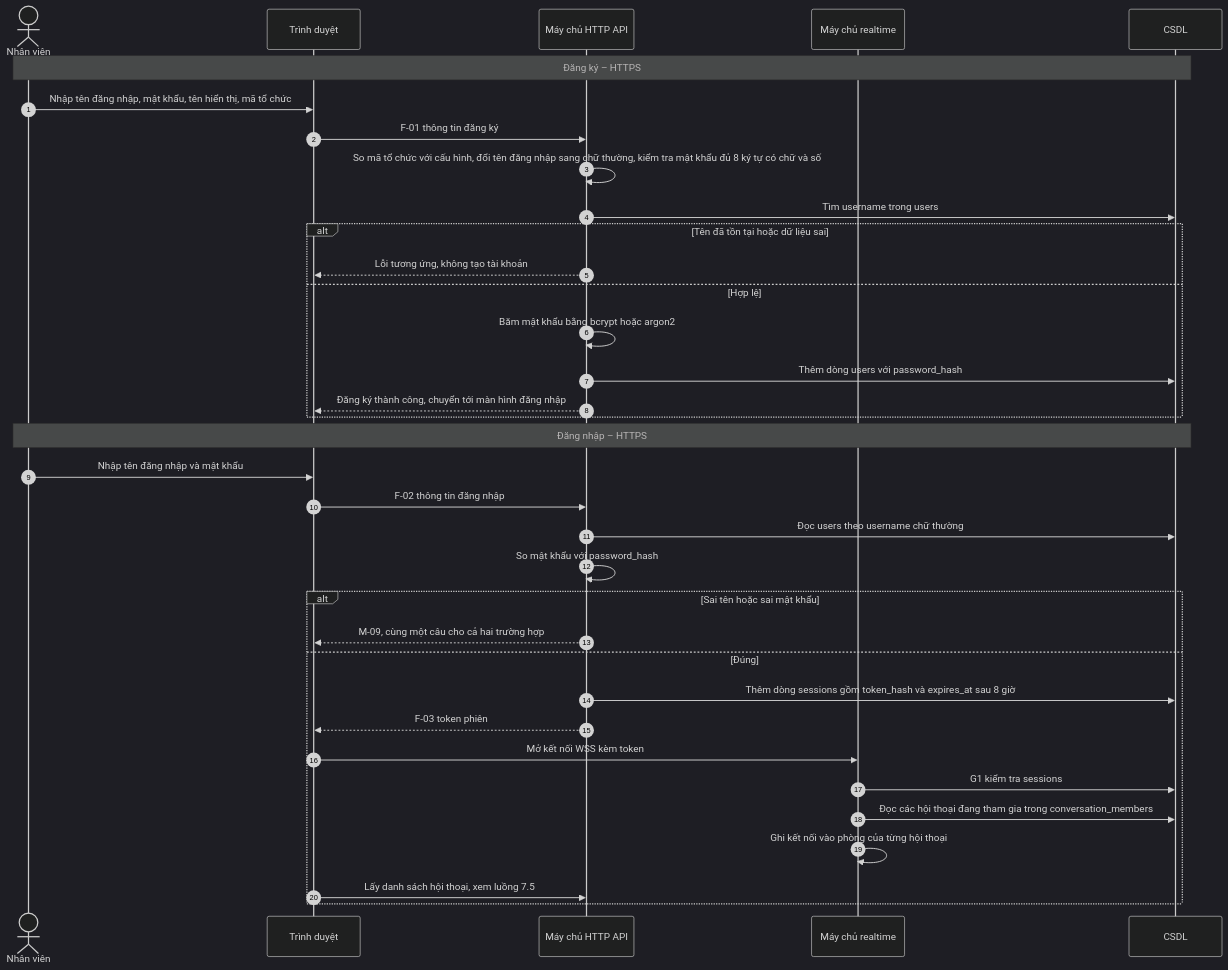
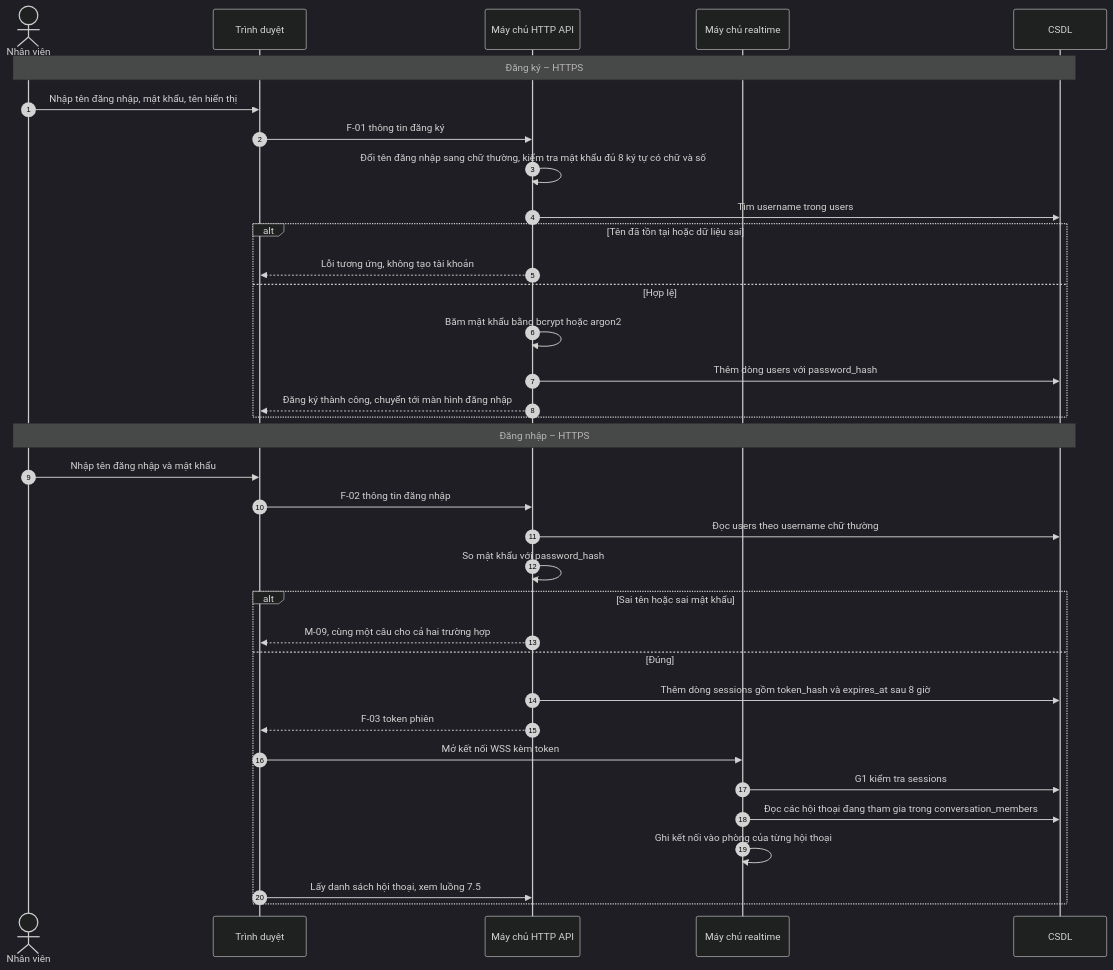
One commit to quangdungnguyen1983/chat-nhom-2 changed the seventh of 14 diagrams in 07-data-flow.md. Above: the diagram before and after it, drawn with Mermaid (dark theme). The commit also changed other lines of this file and 29 other files, not shown here.

First line of the commit message:
Bỏ hẳn "Mã đăng ký tổ chức": đăng ký tự do

````diff
--- a/07-data-flow.md
+++ b/07-data-flow.md
@@ -357,39 +352,39 @@
 ```mermaid
 sequenceDiagram
     autonumber
     actor U as Nhân viên
     participant B as Trình duyệt
     participant API as Máy chủ HTTP API
     participant RT as Máy chủ realtime
     participant DB as CSDL
 
     Note over U,DB: Đăng ký – HTTPS
-    U->>B: Nhập tên đăng nhập, mật khẩu, tên hiển thị, mã tổ chức
+    U->>B: Nhập tên đăng nhập, mật khẩu, tên hiển thị
     B->>API: F-01 thông tin đăng ký
-    API->>API: So mã tổ chức với cấu hình, đổi tên đăng nhập sang chữ thường, kiểm tra mật khẩu đủ 8 ký tự có chữ và số
+    API->>API: Đổi tên đăng nhập sang chữ thường, kiểm tra mật khẩu đủ 8 ký tự có chữ và số
     API->>DB: Tìm username trong users
     alt Tên đã tồn tại hoặc dữ liệu sai
         API-->>B: Lỗi tương ứng, không tạo tài khoản
     else Hợp lệ
         API->>API: Băm mật khẩu bằng bcrypt hoặc argon2
         API->>DB: Thêm dòng users với password_hash
         API-->>B: Đăng ký thành công, chuyển tới màn hình đăng nhập
     end
 
     Note over U,DB: Đăng nhập – HTTPS
     U->>B: Nhập tên đăng nhập và mật khẩu
     B->>API: F-02 thông tin đăng nhập
     API->>DB: Đọc users theo username chữ thường
     API->>API: So mật khẩu với password_hash
     alt Sai tên hoặc sai mật khẩu
         API-->>B: M-09, cùng một câu cho cả hai trường hợp
     else Đúng
         API->>DB: Thêm dòng sessions gồm token_hash và expires_at sau 8 giờ
         API-->>B: F-03 token phiên
         B->>RT: Mở kết nối WSS kèm token
         RT->>DB: G1 kiểm tra sessions
         RT->>DB: Đọc các hội thoại đang tham gia trong conversation_members
         RT->>RT: Ghi kết nối vào phòng của từng hội thoại
         B->>API: Lấy danh sách hội thoại, xem luồng 7.5
     end
 ```
````
